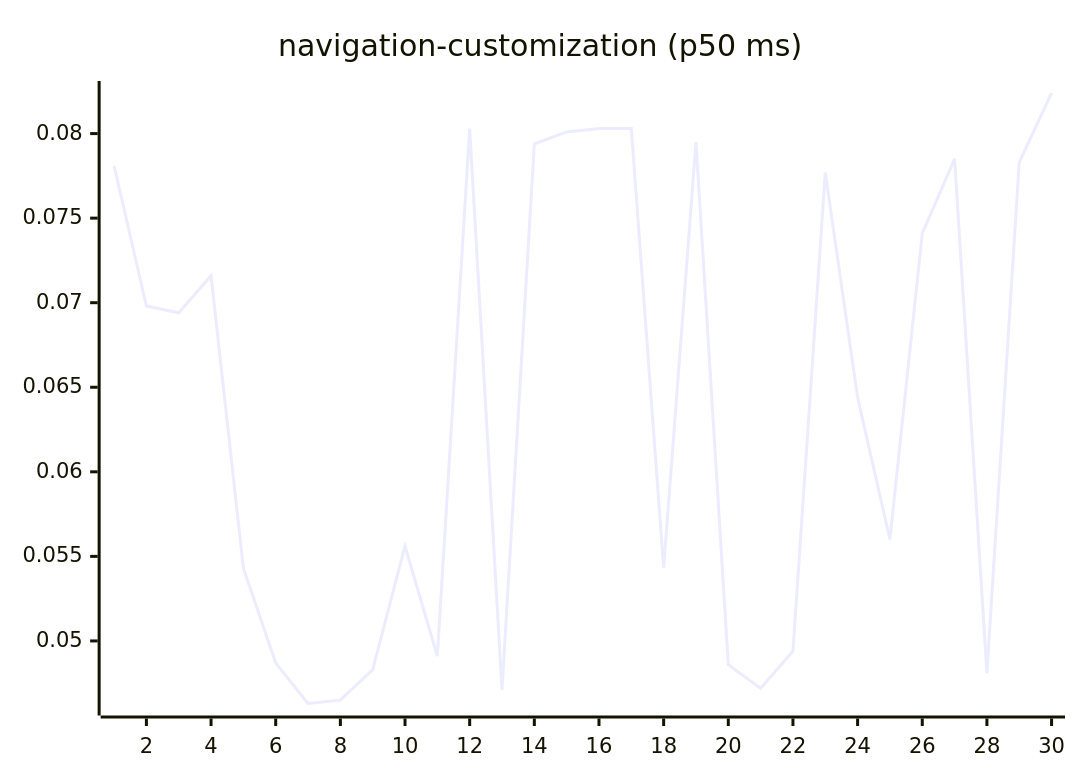
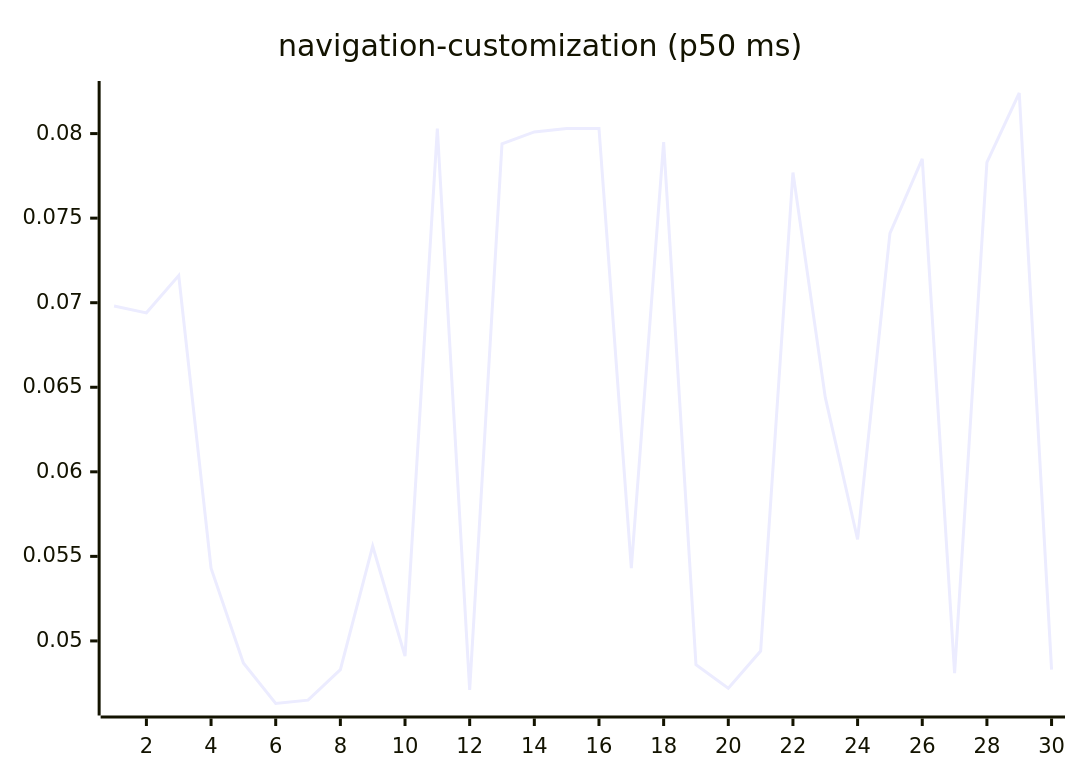
Before and after one commit to josha/Facet: diagram 15 of 27 in README.md, drawn with Mermaid. The commit also changed other lines of this file and 2 other files, not shown here.

````diff
--- a/README.md
+++ b/README.md
@@ -161,6 +161,6 @@
 ```mermaid
 xychart-beta
     title "navigation-customization (p50 ms)"
     x-axis 1 --> 30
-    line [0.0781, 0.0698, 0.0694, 0.0716, 0.0543, 0.0487, 0.0463, 0.0465, 0.0483, 0.0556, 0.0491, 0.0803, 0.0471, 0.0794, 0.0801, 0.0803, 0.0803, 0.0543, 0.0795, 0.0486, 0.0472, 0.0494, 0.0777, 0.0644, 0.0560, 0.0741, 0.0785, 0.0481, 0.0783, 0.0824]
+    line [0.0698, 0.0694, 0.0716, 0.0543, 0.0487, 0.0463, 0.0465, 0.0483, 0.0556, 0.0491, 0.0803, 0.0471, 0.0794, 0.0801, 0.0803, 0.0803, 0.0543, 0.0795, 0.0486, 0.0472, 0.0494, 0.0777, 0.0644, 0.0560, 0.0741, 0.0785, 0.0481, 0.0783, 0.0824, 0.0483]
 ```
````
